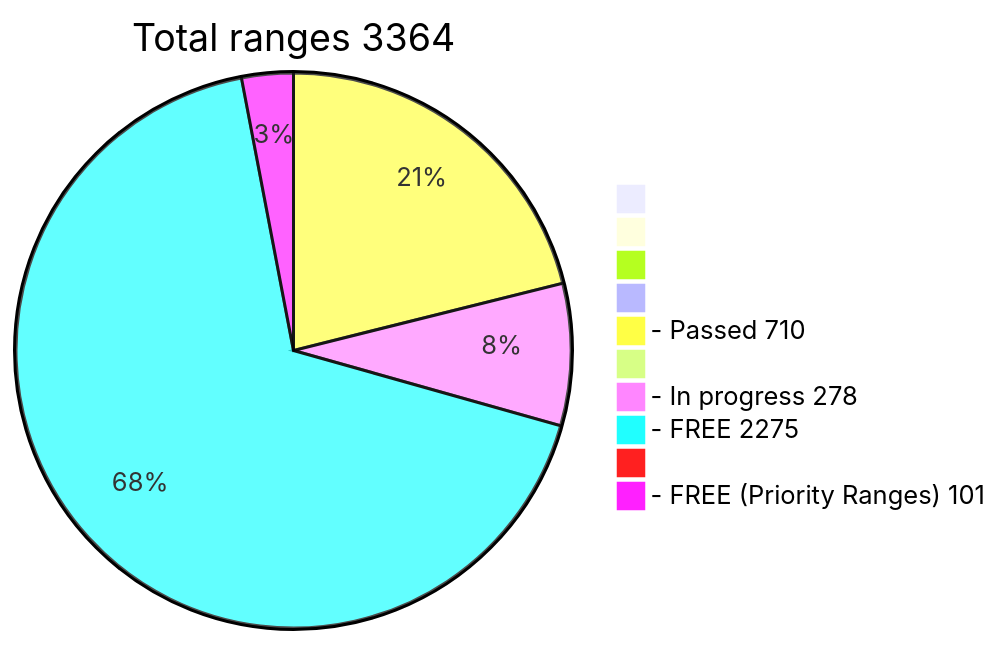
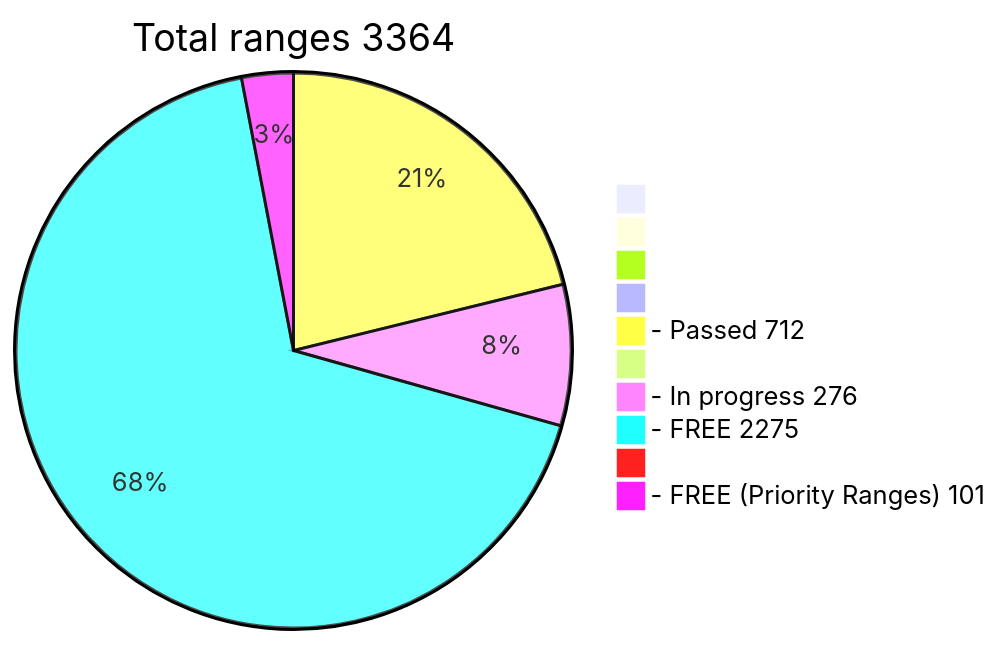
The diagram in README.md (phrutis/wif500), drawn with Mermaid before and after one commit.

````diff
--- a/README.md
+++ b/README.md
@@ -16,13 +16,13 @@
 ```mermaid
 pie title Total ranges 3364
              " " : 0
             "  " : 0
            "   " : 0
           "    " : 0
-  "- Passed 710" : 710
+  "- Passed 712" : 712
          "     " : 0
-  "- In progress 278" : 278
+  "- In progress 276" : 276
    "- FREE 2275" : 2275
         "      " : 0
   "- FREE (Priority Ranges) 101" : 101
 ```
````
